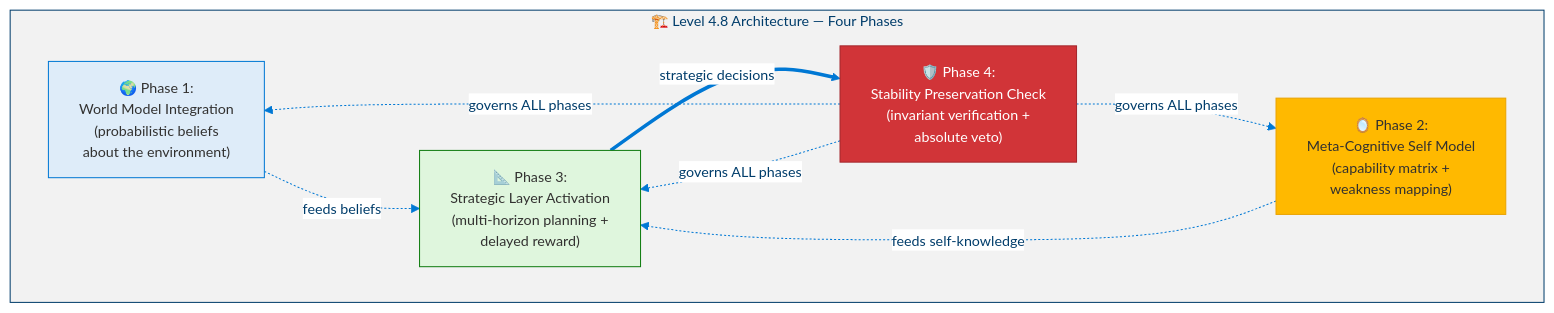
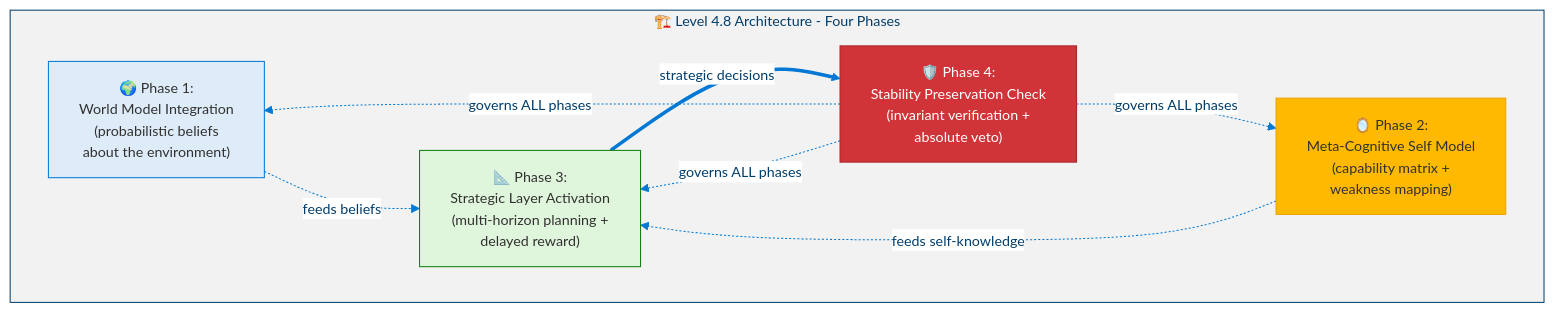
Before and after one commit to dotnetpower/mscp: the first of 17 diagrams in docs/levels/Level_4_8_Strategic_Self_Modeling.md, drawn with Mermaid. The commit also changed other lines of this file and 26 other files, not shown here.

````diff
--- a/docs/levels/Level_4_8_Strategic_Self_Modeling.md
+++ b/docs/levels/Level_4_8_Strategic_Self_Modeling.md
@@ -55,22 +55,22 @@
 ```mermaid
 %%{init: {'theme': 'base', 'themeVariables': {'primaryColor': '#0078D4', 'primaryTextColor': '#003D6B', 'primaryBorderColor': '#003D6B', 'secondaryColor': '#50E6FF', 'secondaryTextColor': '#323130', 'secondaryBorderColor': '#00BCF2', 'tertiaryColor': '#F2F2F2', 'tertiaryTextColor': '#323130', 'lineColor': '#0078D4', 'textColor': '#323130', 'mainBkg': '#DEECF9', 'nodeBorder': '#0078D4', 'clusterBkg': '#F2F2F2', 'clusterBorder': '#003D6B', 'titleColor': '#003D6B', 'edgeLabelBackground': '#FFFFFF', 'fontSize': '14px'}}}%%
 flowchart TD
   classDef world fill:#DEECF9,stroke:#0078D4,color:#323130
   classDef self fill:#FFB900,stroke:#EAA300,color:#323130
   classDef strategic fill:#DFF6DD,stroke:#107C10,color:#323130
   classDef stability fill:#D13438,stroke:#A4262C,color:#FFF
 
-  subgraph Phases["🏗️ Level 4.8 Architecture — Four Phases"]
+  subgraph Phases["🏗️ Level 4.8 Architecture - Four Phases"]
     P1["🌍 Phase 1:<br/>World Model Integration<br/>(probabilistic beliefs<br/>about the environment)"]:::world
     P2["🪞 Phase 2:<br/>Meta-Cognitive Self Model<br/>(capability matrix +<br/>weakness mapping)"]:::self
     P3["📐 Phase 3:<br/>Strategic Layer Activation<br/>(multi-horizon planning +<br/>delayed reward)"]:::strategic
     P4["🛡️ Phase 4:<br/>Stability Preservation Check<br/>(invariant verification +<br/>absolute veto)"]:::stability
   end
 
   P1 -.->|"feeds beliefs"| P3
   P2 -.->|"feeds self-knowledge"| P3
   P3 ==>|"strategic decisions"| P4
   P4 -.->|"governs ALL phases"| P1
   P4 -.->|"governs ALL phases"| P2
   P4 -.->|"governs ALL phases"| P3
 ```
````
